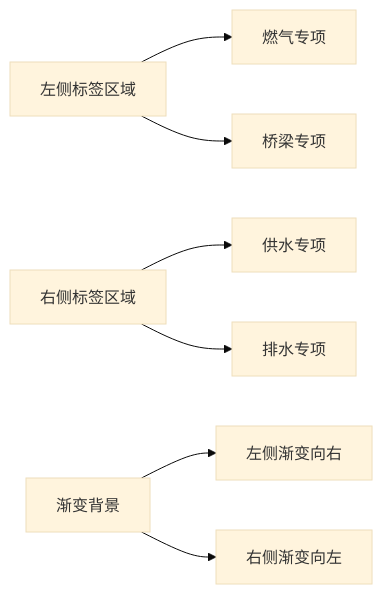
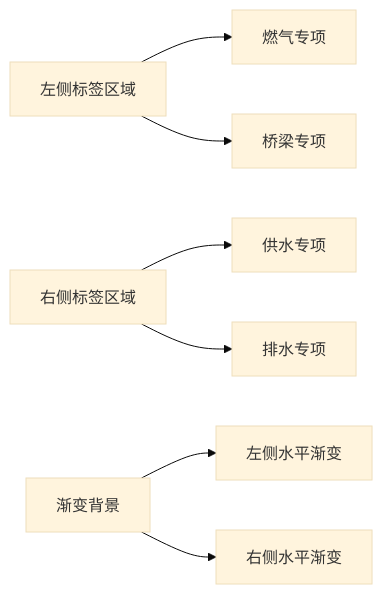
One commit to zhibo1997/government-dashboard changed the second of 9 diagrams in .qoder/repowiki/zh/content/核心组件架构/仪表盘头部.md. Above: the diagram before and after it, drawn with Mermaid (base theme). The commit also changed other lines of this file and 28 other files, not shown here.

````diff
--- a/.qoder/repowiki/zh/content/核心组件架构/仪表盘头部.md
+++ b/.qoder/repowiki/zh/content/核心组件架构/仪表盘头部.md
@@ -92,9 +101,9 @@
 ```mermaid
 flowchart LR
 A[左侧标签区域] --> B[燃气专项]
 A --> C[桥梁专项]
 D[右侧标签区域] --> E[供水专项]
 D --> F[排水专项]
-G[渐变背景] --> H[左侧渐变向右]
-G --> I[右侧渐变向左]
+G[渐变背景] --> H[左侧水平渐变]
+G --> I[右侧水平渐变]
 ```
````
